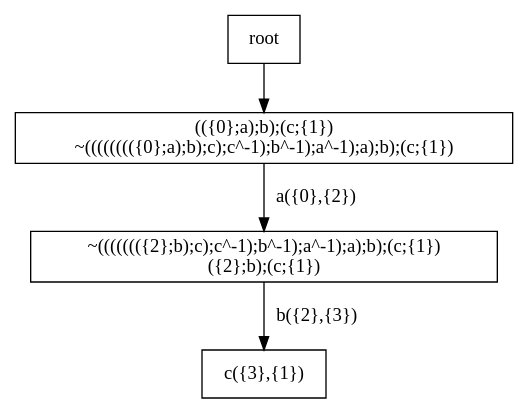
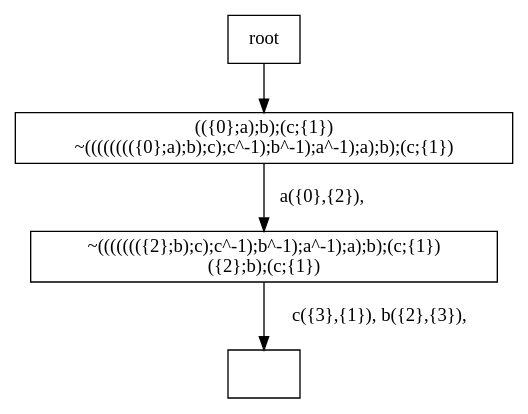
Before and after one commit to jangreen/rat: the diagram in output/regular-debug.dot, drawn with Graphviz. The commit also changed 6 other files, not shown here.

```diff
--- a/output/regular-debug.dot
+++ b/output/regular-debug.dot
@@ -1,16 +1,15 @@
 digraph {
 node[shape="box"]
-N0x149635230[label="(({0};a);b);(c;{1})
+N0x158636800[label="(({0};a);b);(c;{1})
 ~(((((((({0};a);b);c);c^-1);b^-1);a^-1);a);b);(c;{1})
 "];
-N0x149635230 -> N0x14a905430[label="a({0},{2})
+N0x158636800 -> N0x158640e70[label="a({0},{2}), 
 "];
-N0x14a905430[label="~((((((({2};b);c);c^-1);b^-1);a^-1);a);b);(c;{1})
+N0x158640e70[label="~((((((({2};b);c);c^-1);b^-1);a^-1);a);b);(c;{1})
 ({2};b);(c;{1})
 "];
-N0x14a905430 -> N0x14aa041e0[label="b({2},{3})
+N0x158640e70 -> N0x1586490d0[label="c({3},{1}), b({2},{3}), 
 "];
-N0x14aa041e0[label="c({3},{1})
-"];
-root -> N0x149635230;
+N0x1586490d0[label=""];
+root -> N0x158636800;
 }
```
